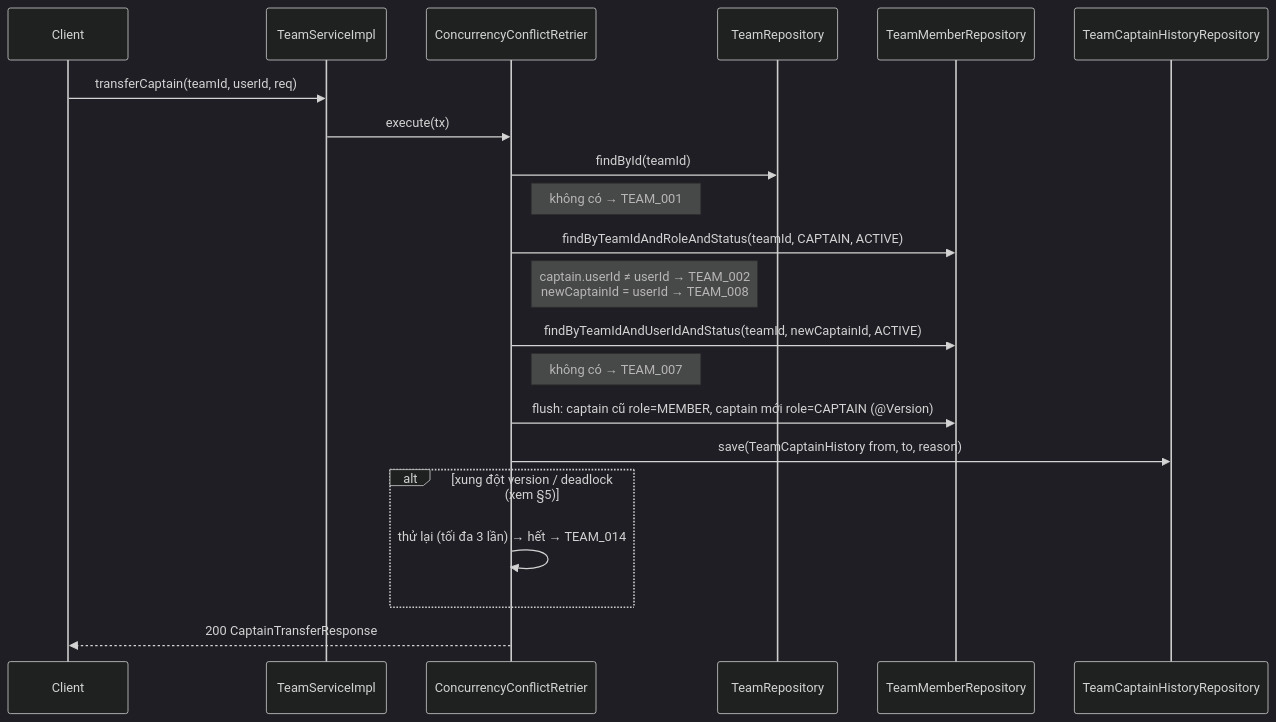
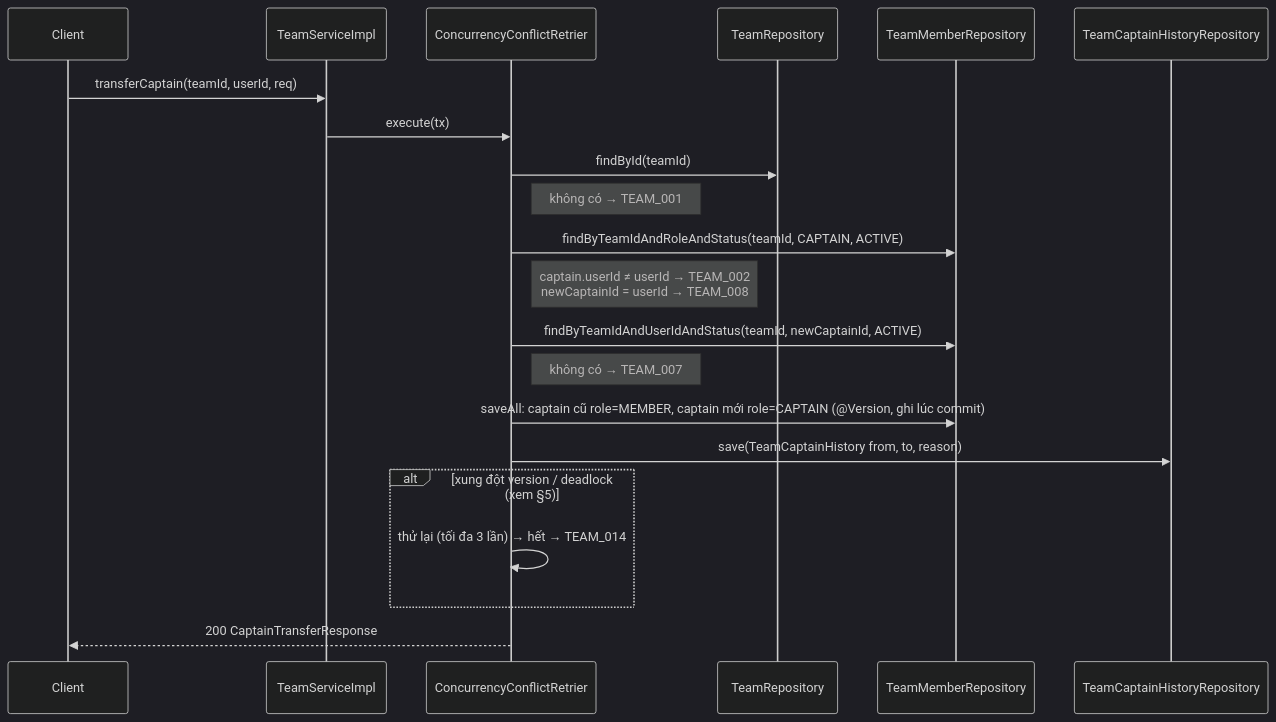
The third of 3 diagrams in docs/agent/design/USER-001/Processing_Flow.md (phananh2005/ArenaFlow-be), drawn with Mermaid (dark theme) before and after one commit. The commit also changed other lines of this file and 53 other files, not shown here.

````diff
--- a/docs/agent/design/USER-001/Processing_Flow.md
+++ b/docs/agent/design/USER-001/Processing_Flow.md
@@ -92,24 +92,24 @@
 ```mermaid
 sequenceDiagram
     participant C as Client
     participant TS as TeamServiceImpl
     participant RT as ConcurrencyConflictRetrier
     participant TR as TeamRepository
     participant TMR as TeamMemberRepository
     participant HR as TeamCaptainHistoryRepository
 
     C->>TS: transferCaptain(teamId, userId, req)
     TS->>RT: execute(tx)
     RT->>TR: findById(teamId)
     Note right of RT: không có → TEAM_001
     RT->>TMR: findByTeamIdAndRoleAndStatus(teamId, CAPTAIN, ACTIVE)
     Note right of RT: captain.userId ≠ userId → TEAM_002<br/>newCaptainId = userId → TEAM_008
     RT->>TMR: findByTeamIdAndUserIdAndStatus(teamId, newCaptainId, ACTIVE)
     Note right of RT: không có → TEAM_007
-    RT->>TMR: flush: captain cũ role=MEMBER, captain mới role=CAPTAIN (@Version)
+    RT->>TMR: saveAll: captain cũ role=MEMBER, captain mới role=CAPTAIN (@Version, ghi lúc commit)
     RT->>HR: save(TeamCaptainHistory from, to, reason)
     alt xung đột version / deadlock (xem §5)
         RT->>RT: thử lại (tối đa 3 lần) → hết → TEAM_014
     end
     RT-->>C: 200 CaptainTransferResponse
 ```
````
